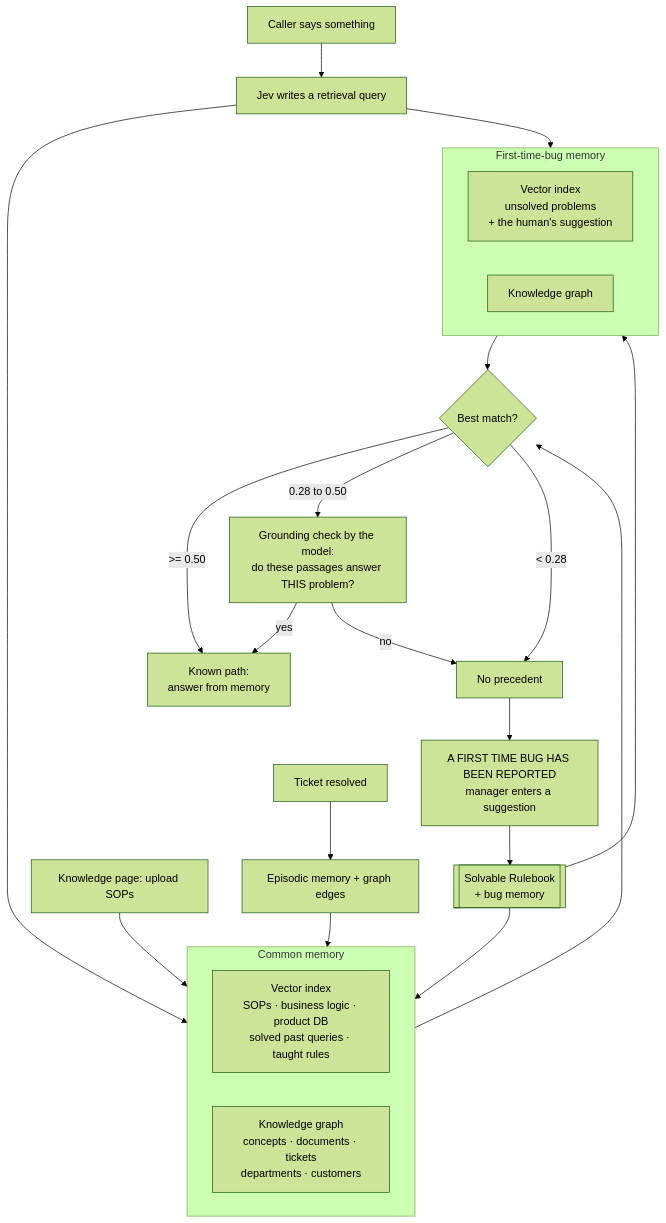
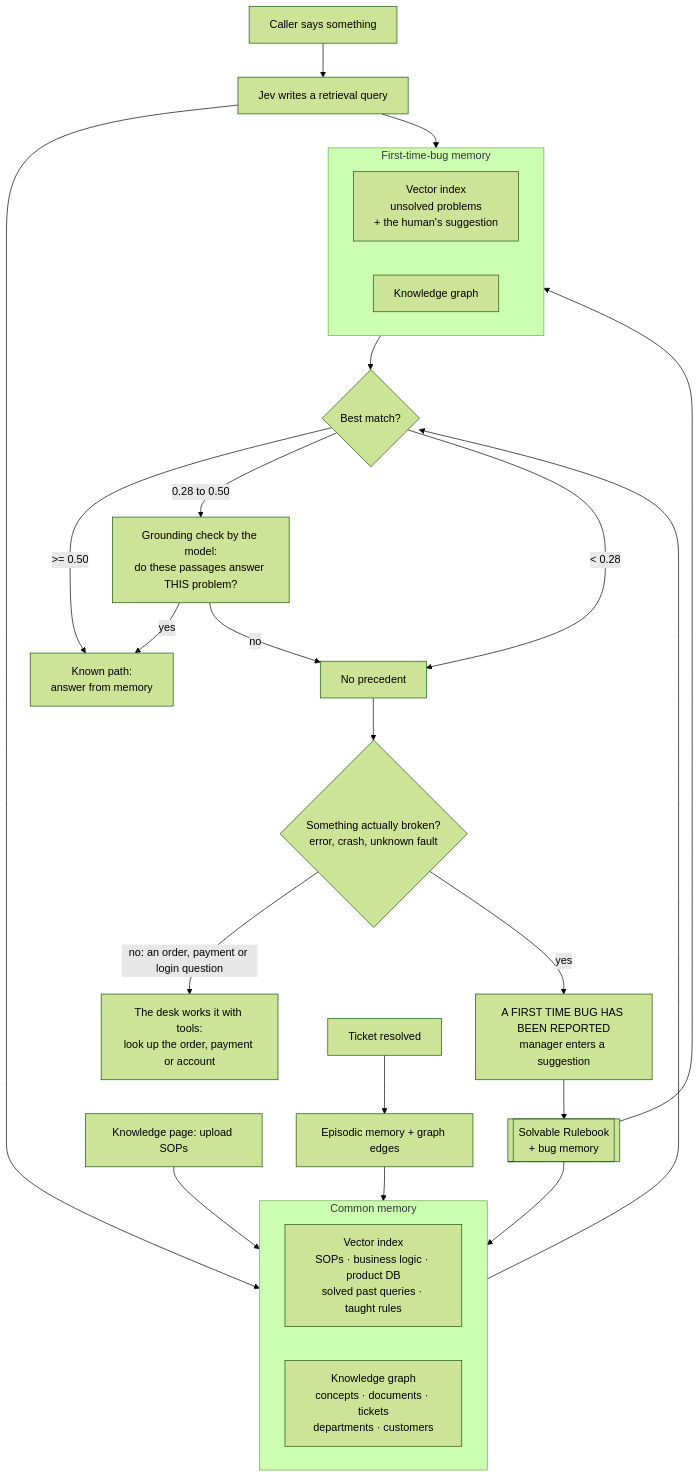
The second of 7 diagrams in README.md (Dua-Saeed641/Resolvyn), drawn with Mermaid (forest theme) before and after one commit. The commit also changed other lines of this file and 59 other files, not shown here.

````diff
--- a/README.md
+++ b/README.md
@@ -136,32 +137,34 @@
 ```mermaid
 flowchart TB
     Q["Caller says something"] --> J["Jev writes a retrieval query"]
     J --> C
     J --> B
 
     subgraph C["Common memory"]
         direction LR
         CV["Vector index<br/>SOPs · business logic · product DB<br/>solved past queries · taught rules"]
         CG["Knowledge graph<br/>concepts · documents · tickets<br/>departments · customers"]
     end
 
     subgraph B["First-time-bug memory"]
         direction LR
         BV["Vector index<br/>unsolved problems<br/>+ the human's suggestion"]
         BG["Knowledge graph"]
     end
 
     C --> D{"Best match?"}
     B --> D
     D -->|">= 0.50"| K["Known path:<br/>answer from memory"]
     D -->|"0.28 to 0.50"| G["Grounding check by the model:<br/>do these passages answer THIS problem?"]
     D -->|"< 0.28"| N["No precedent"]
     G -->|"yes"| K
     G -->|"no"| N
-    N --> F["A FIRST TIME BUG HAS BEEN REPORTED<br/>manager enters a suggestion"]
+    N --> Y{"Something actually broken?<br/>error, crash, unknown fault"}
+    Y -->|"no: an order, payment or login question"| W["The desk works it with tools:<br/>look up the order, payment or account"]
+    Y -->|"yes"| F["A FIRST TIME BUG HAS BEEN REPORTED<br/>manager enters a suggestion"]
     F --> R[["Solvable Rulebook<br/>+ bug memory"]]
     R --> C
     R --> B
     ING["Knowledge page: upload SOPs"] --> C
     DONE["Ticket resolved"] --> EP["Episodic memory + graph edges"] --> C
 ```
````
